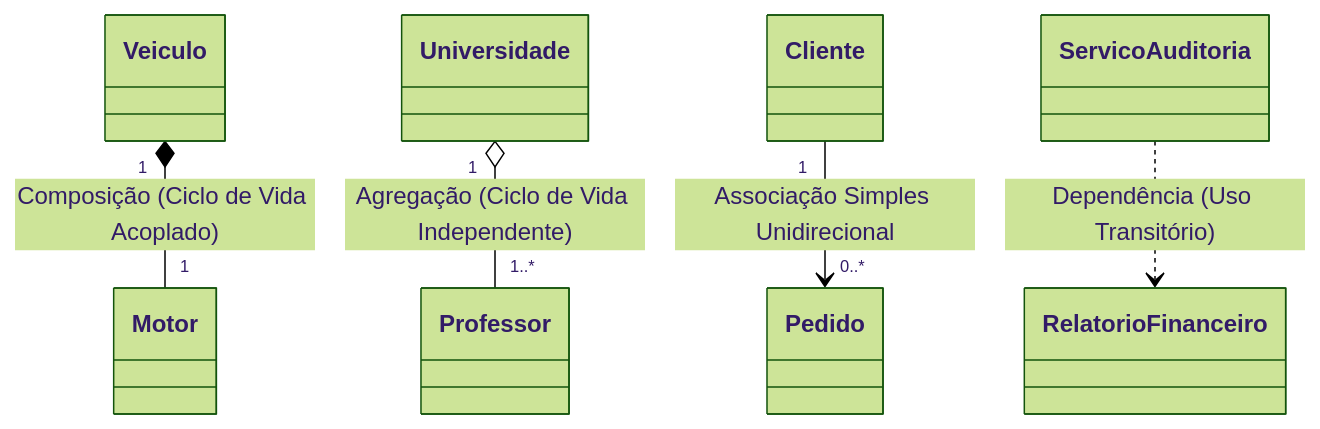
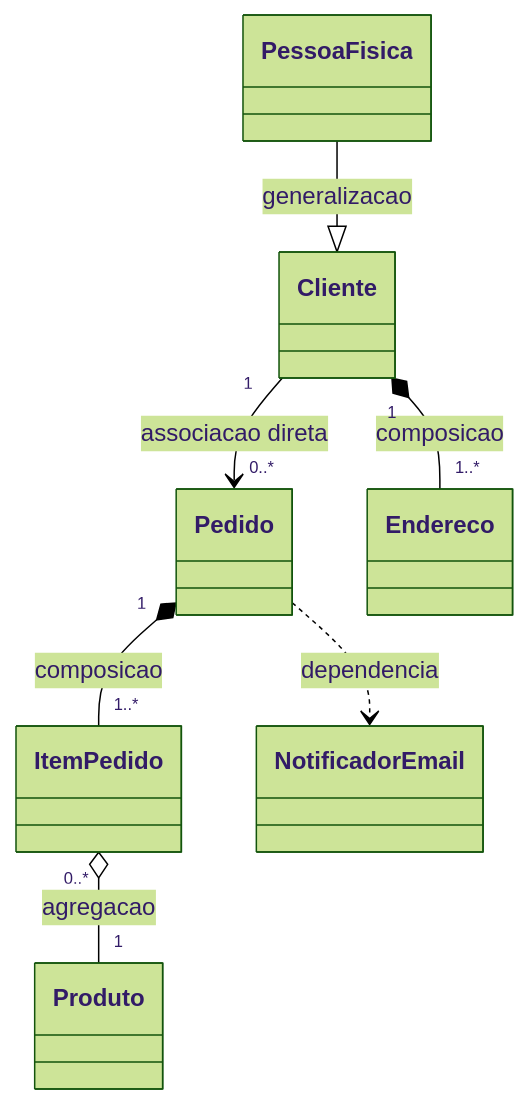
Diagram 18 of 29 in 4º Semestre/[Prof. Wesley Soares] Engenharia de Software II/Resumos-IA/Simulados-Comentados.md (murilolol/unifef), drawn with Mermaid (forest theme) before and after one commit. The commit also changed other lines of this file and 40 other files, not shown here.

````diff
--- a/4º Semestre/[Prof. Wesley Soares] Engenharia de Software II/Resumos-IA/Simulados-Comentados.md
+++ b/4º Semestre/[Prof. Wesley Soares] Engenharia de Software II/Resumos-IA/Simulados-Comentados.md
@@ -846,16 +785,17 @@
 ```mermaid
 classDiagram
- class Veiculo
- class Motor
- class Universidade
- class Professor
  class Cliente
  class Pedido
- class RelatorioFinanceiro
- class ServicoAuditoria
+ class ItemPedido
+ class Produto
+ class Endereco
+ class NotificadorEmail
+ class PessoaFisica
 
- Veiculo "1" *-- "1" Motor : Composição (Ciclo de Vida Acoplado)
- Universidade "1" o-- "1..*" Professor : Agregação (Ciclo de Vida Independente)
- Cliente "1" --> "0..*" Pedido : Associação Simples Unidirecional
- ServicoAuditoria ..> RelatorioFinanceiro : Dependência (Uso Transitório)
+ Cliente "1" --> "0..*" Pedido : associacao direta
+ Pedido "1" *-- "1..*" ItemPedido : composicao
+ ItemPedido "0..*" o-- "1" Produto : agregacao
+ Cliente "1" *-- "1..*" Endereco : composicao
+ PessoaFisica --|> Cliente : generalizacao
+ Pedido ..> NotificadorEmail : dependencia
 ```
````
